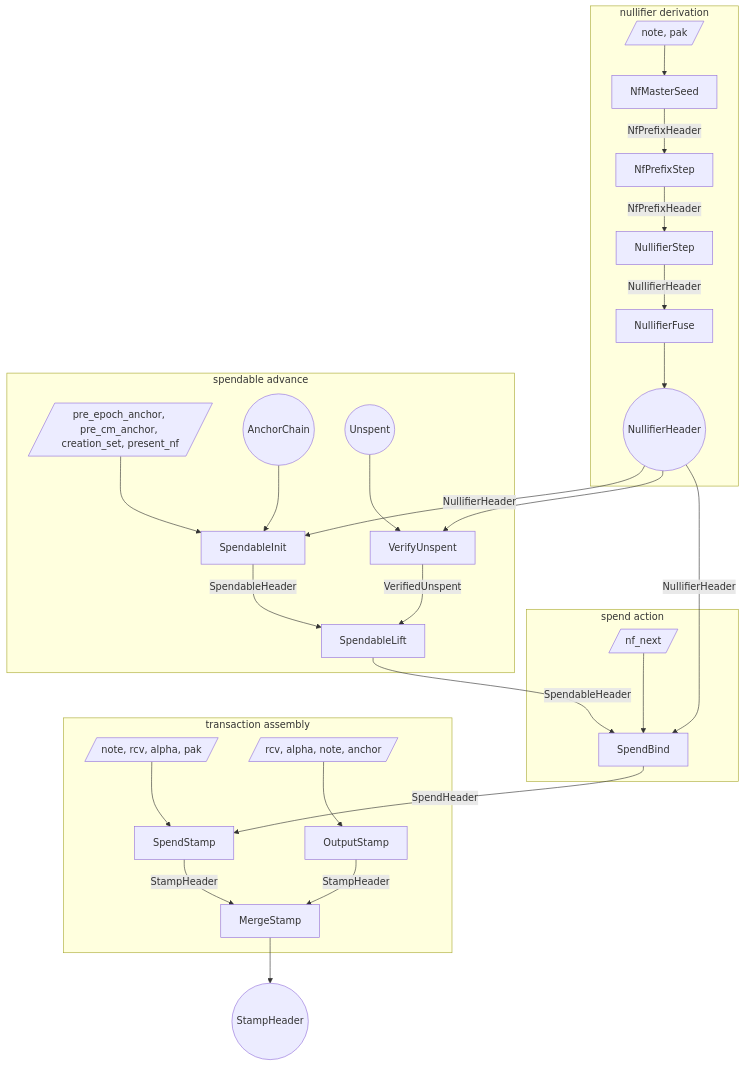
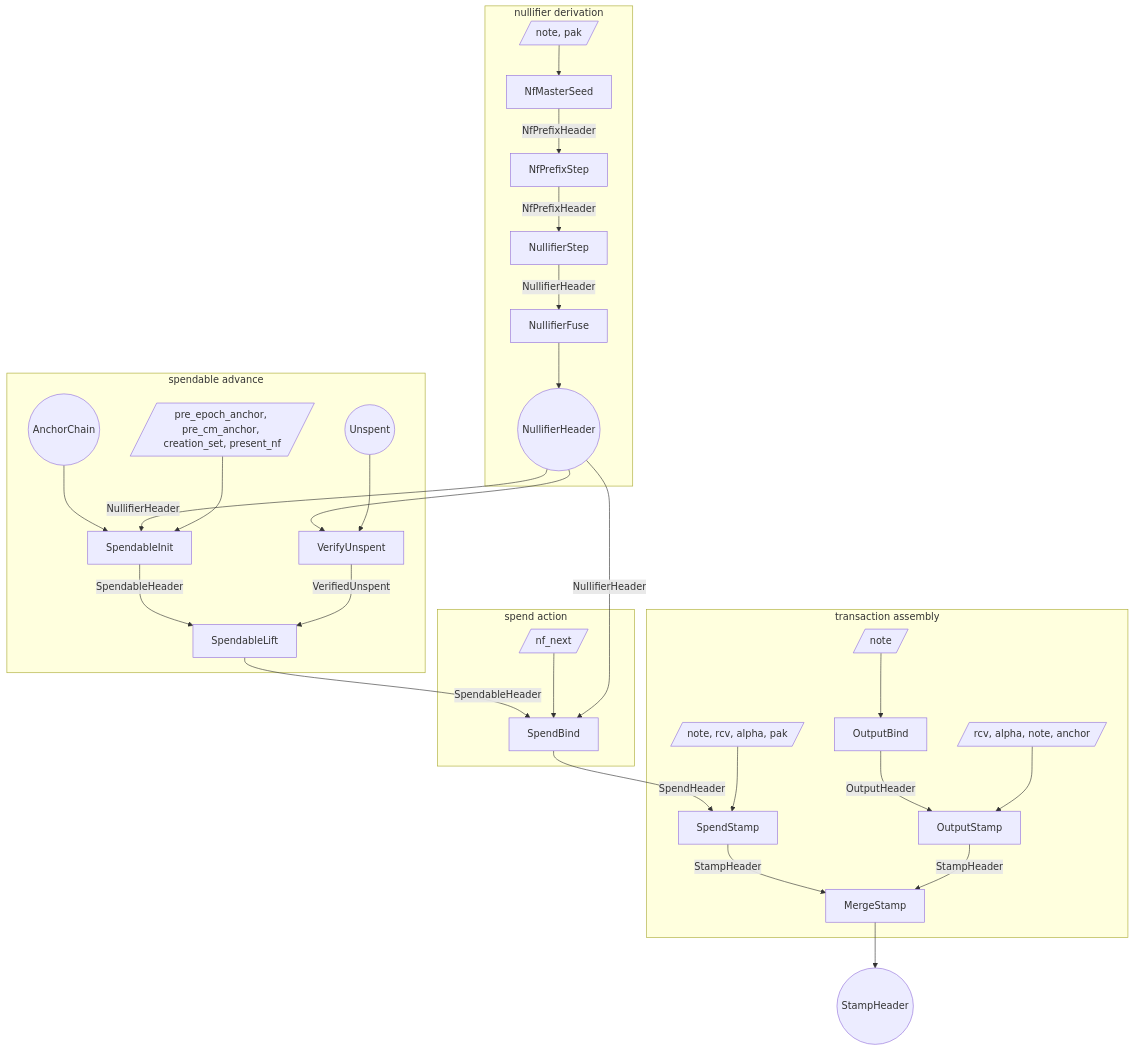
One commit to tachyon-zcash/tachyon changed the first of 3 diagrams in book/src/proof-tree.md. Above: the diagram before and after it, drawn with Mermaid. The commit also changed other lines of this file and 6 other files, not shown here.

````diff
--- a/book/src/proof-tree.md
+++ b/book/src/proof-tree.md
@@ -217,60 +219,64 @@
 ```mermaid
 flowchart TB
   subgraph derive [nullifier derivation]
     w_seed[/note, pak/]
     s_seed[NfMasterSeed]
     s_walk[NfPrefixStep]
     s_leaf[NullifierStep]
     s_dfuse[NullifierFuse]
     nf_range((NullifierHeader))
   end
 
   subgraph spendable [spendable advance]
     w_init[/pre_epoch_anchor, pre_cm_anchor, creation_set, present_nf/]
     anchor_init((AnchorChain))
     s_init[SpendableInit]
     unspent_in((Unspent))
     s_verify[VerifyUnspent]
     s_lift[SpendableLift]
   end
 
   subgraph spend_action [spend action]
     w_bind[/nf_next/]
     s_bind[SpendBind]
   end
 
   subgraph merge [transaction assembly]
     w_stamp[/note, rcv, alpha, pak/]
     s_spendstamp[SpendStamp]
+    w_outbind[/note/]
+    s_outbind[OutputBind]
     w_output[/rcv, alpha, note, anchor/]
     s_output[OutputStamp]
     s_merge[MergeStamp]
   end
 
   stamp_out((StampHeader))
 
   w_seed --> s_seed
   s_seed -->|NfPrefixHeader| s_walk
   s_walk -->|NfPrefixHeader| s_leaf
   s_leaf -->|NullifierHeader| s_dfuse
   s_dfuse --> nf_range
 
   anchor_init --> s_init
   nf_range -->|NullifierHeader| s_init
   w_init --> s_init
   nf_range --> s_verify
   unspent_in --> s_verify
   s_init -->|SpendableHeader| s_lift
   s_verify -->|VerifiedUnspent| s_lift
   s_lift -->|SpendableHeader| s_bind
 
   w_bind --> s_bind
   nf_range -->|NullifierHeader| s_bind
   s_bind -->|SpendHeader| s_spendstamp
   w_stamp --> s_spendstamp
 
+  w_outbind --> s_outbind
+  s_outbind -->|OutputHeader| s_output
   w_output --> s_output
   s_spendstamp -->|StampHeader| s_merge
   s_output -->|StampHeader| s_merge
   s_merge --> stamp_out
 ```
````
